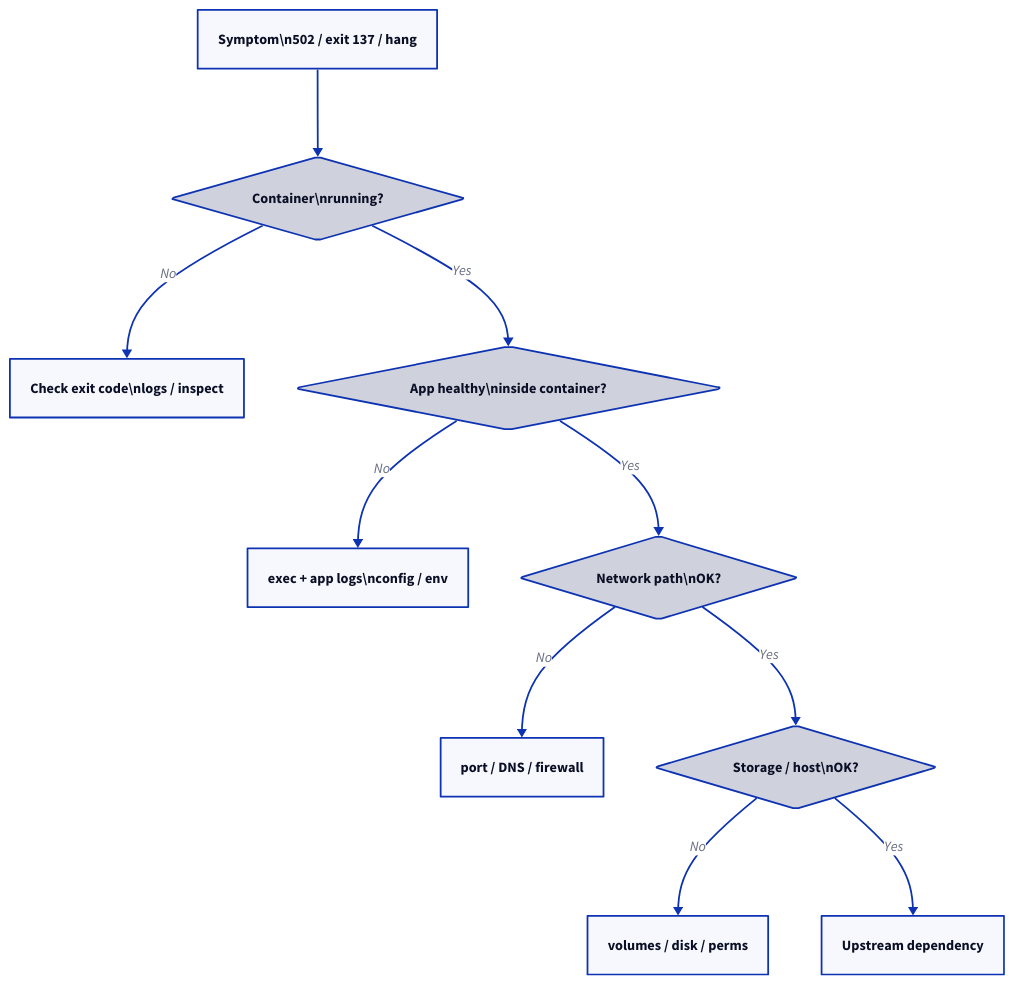
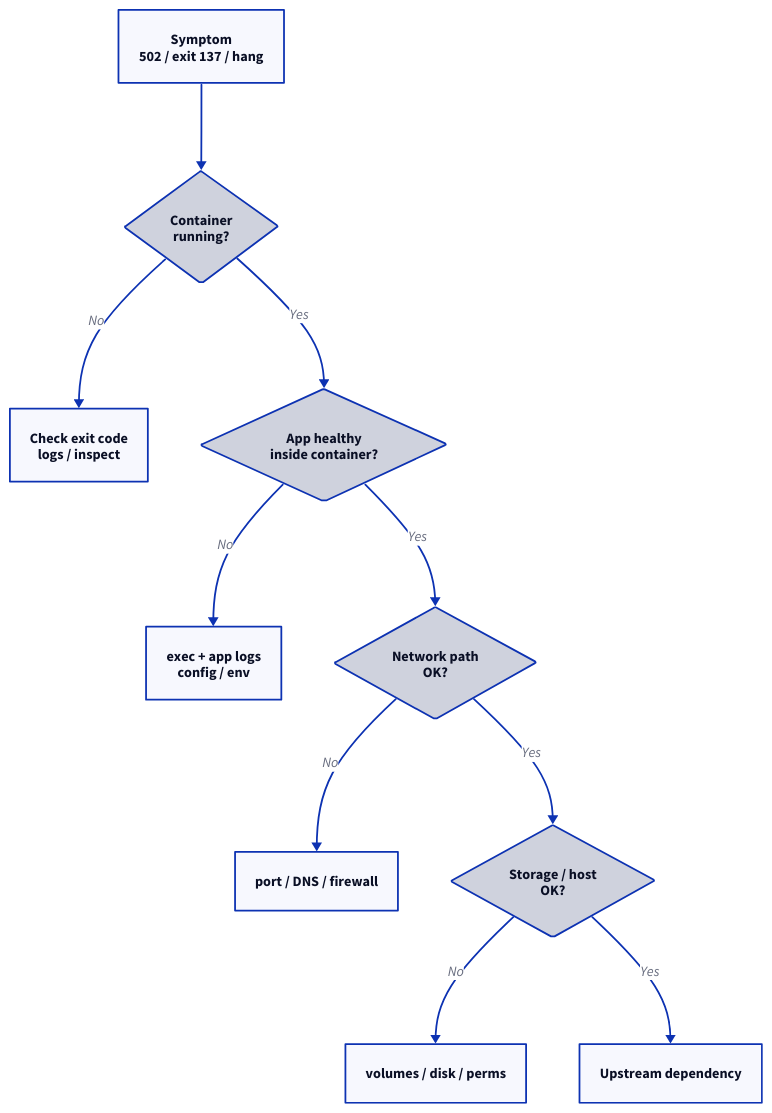
One commit to rebash-rebash/rebash-academy changed the diagram in docs/docker/troubleshooting-docker-containers.md. Above: the diagram before and after it, drawn with D2. The commit also changed 177 other files, not shown here.

First line of the commit message:
Ship Terraform track, diagram polish, and new brand favicon.

````diff
--- a/docs/docker/troubleshooting-docker-containers.md
+++ b/docs/docker/troubleshooting-docker-containers.md
@@ -52,31 +52,31 @@
 ```d2
 direction: down
 
-SYM: "Symptom\\n502 / exit 137 / hang"
-    L1: "Container\\nrunning?" {
+SYM: "Symptom\n502 / exit 137 / hang"
+    L1: "Container\nrunning?" {
       shape: diamond
     }
     SYM -> L1
-    EXIT: "Check exit code\\nlogs / inspect"
+    EXIT: "Check exit code\nlogs / inspect"
     L1 -> EXIT: No
-    L2: "App healthy\\ninside container?" {
+    L2: "App healthy\ninside container?" {
       shape: diamond
     }
     L1 -> L2: Yes
-    APP: "exec + app logs\\nconfig / env"
+    APP: "exec + app logs\nconfig / env"
     L2 -> APP: No
-    L3: "Network path\\nOK?" {
+    L3: "Network path\nOK?" {
       shape: diamond
     }
     L2 -> L3: Yes
     NET: "port / DNS / firewall"
     L3 -> NET: No
-    L4: "Storage / host\\nOK?" {
+    L4: "Storage / host\nOK?" {
       shape: diamond
     }
     L3 -> L4: Yes
     STORE: "volumes / disk / perms"
     L4 -> STORE: No
     EXT: "Upstream dependency"
     L4 -> EXT: Yes
 ```
````
